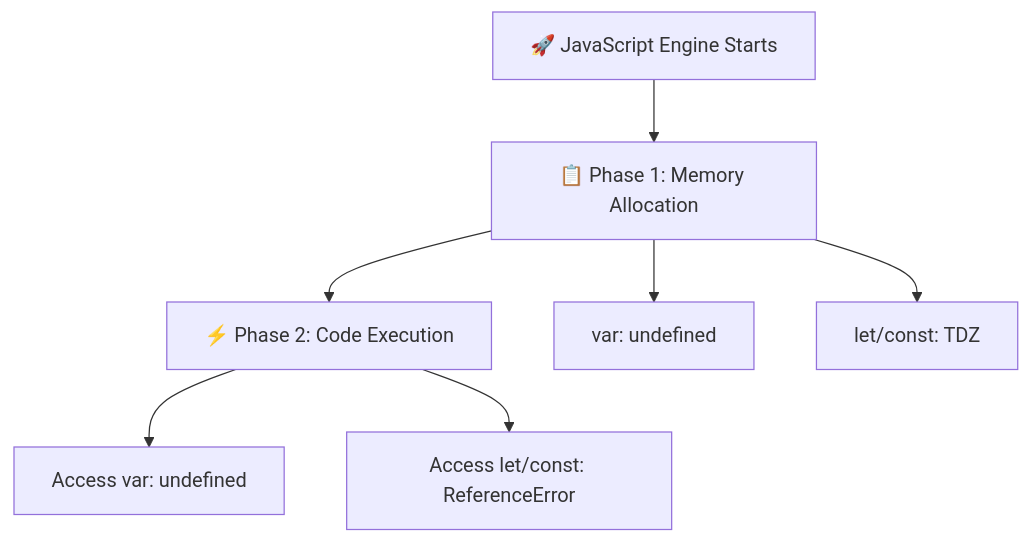
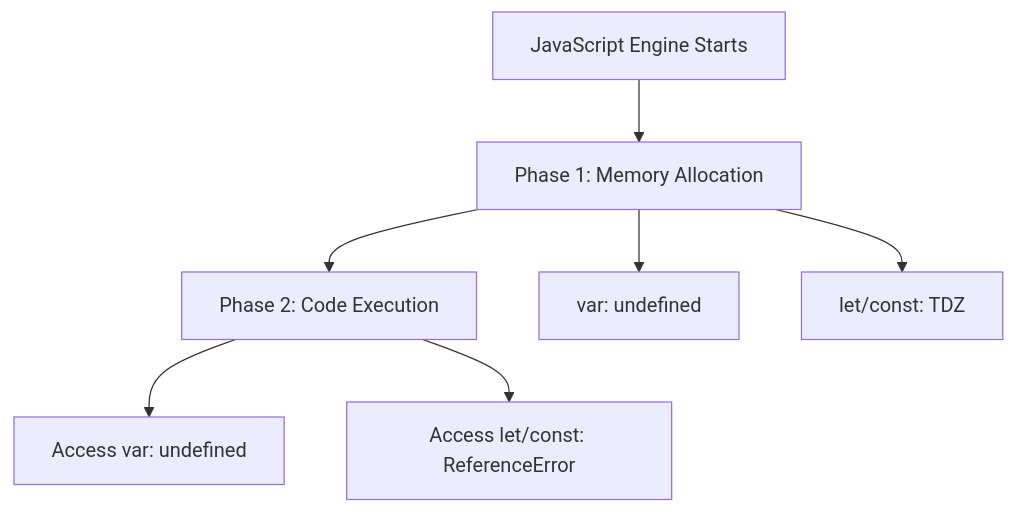
One commit to Santoshpatel112/JAVASCRIPT-P1 changed the third of 5 diagrams in ReadMe.md. Above: the diagram before and after it, drawn with Mermaid. The commit also changed other lines of this file, not shown here.

````diff
--- a/ReadMe.md
+++ b/ReadMe.md
@@ -233,11 +228,11 @@
 ```mermaid
-graph TD
-    A[🚀 JavaScript Engine Starts] --> B[📋 Phase 1: Memory Allocation]
-    B --> C[⚡ Phase 2: Code Execution]
+flowchart TD
+    A["JavaScript Engine Starts"] --> B["Phase 1: Memory Allocation"]
+    B --> C["Phase 2: Code Execution"]
     
-    B --> D[var: undefined]
-    B --> E[let/const: TDZ]
+    B --> D["var: undefined"]
+    B --> E["let/const: TDZ"]
     
-    C --> F[Access var: undefined]
-    C --> G[Access let/const: ReferenceError]
+    C --> F["Access var: undefined"]
+    C --> G["Access let/const: ReferenceError"]
 ```
````
